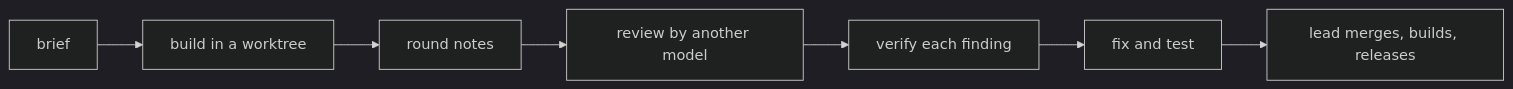
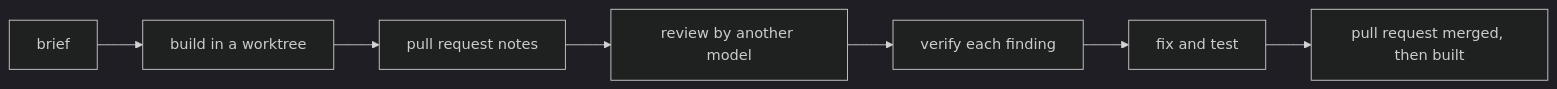
The diagram in docs/building-with-agents.md (workflowcat/drafter-team), drawn with Mermaid (dark theme) before and after one commit. The commit also changed other lines of this file and 374 other files, not shown here.

````diff
--- a/docs/building-with-agents.md
+++ b/docs/building-with-agents.md
@@ -33,9 +33,9 @@
 ```mermaid
 flowchart LR
     A[brief] --> B[build in a worktree]
-    B --> C[round notes]
+    B --> C[pull request notes]
     C --> D[review by another model]
     D --> E[verify each finding]
     E --> F[fix and test]
-    F --> G[lead merges, builds, releases]
+    F --> G[pull request merged, then built]
 ```
````
